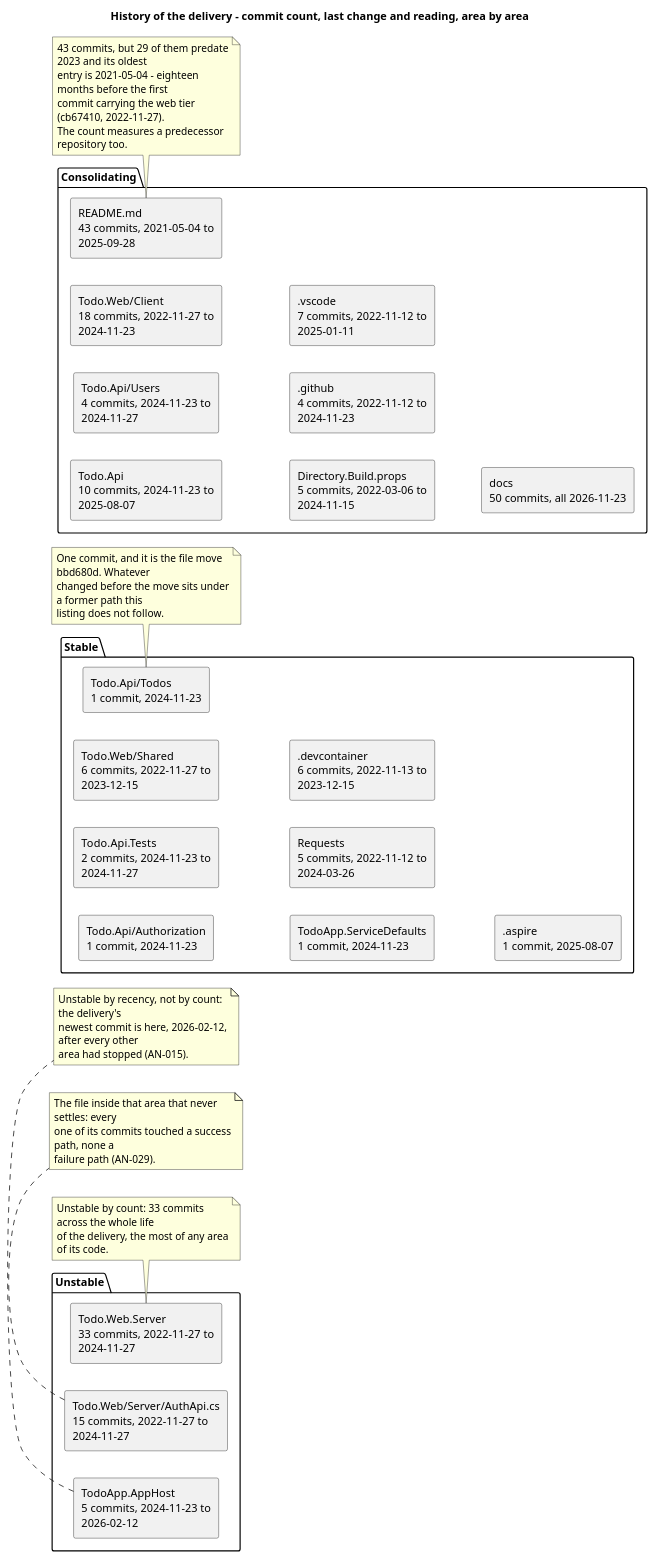
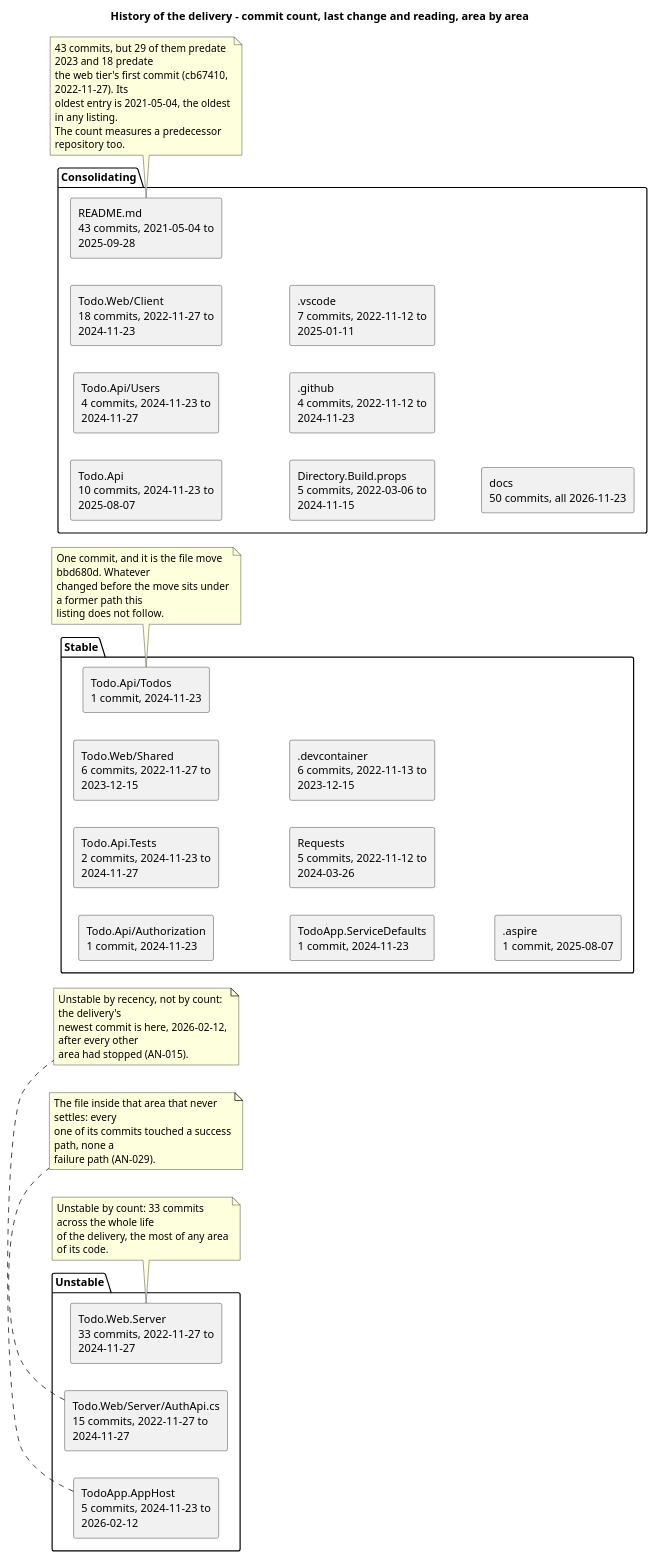
Before and after one commit to banense-test/TodoApp: the second of 3 diagrams in docs/artifacts/discovery/system-inventory.md, drawn with PlantUML. The commit also changed other lines of this file, not shown here.

Commit message:
Software Archaeologist [Excavation1]: upsert System Inventory
[skip ci]

````diff
--- a/docs/artifacts/discovery/system-inventory.md
+++ b/docs/artifacts/discovery/system-inventory.md
@@ -236,69 +236,69 @@
 ```plantuml
 @startuml
 title History of the delivery - commit count, last change and reading, area by area
 
 skinparam shadowing false
 skinparam componentStyle rectangle
 skinparam wrapWidth 230
 left to right direction
 
 package "Unstable" {
   component "Todo.Web.Server\n33 commits, 2022-11-27 to 2024-11-27" as S
   component "Todo.Web/Server/AuthApi.cs\n15 commits, 2022-11-27 to 2024-11-27" as A
   component "TodoApp.AppHost\n5 commits, 2024-11-23 to 2026-02-12" as H
 }
 
 package "Consolidating" {
   component "Todo.Api\n10 commits, 2024-11-23 to 2025-08-07" as API
   component "Todo.Api/Users\n4 commits, 2024-11-23 to 2024-11-27" as U
   component "Todo.Web/Client\n18 commits, 2022-11-27 to 2024-11-23" as C
   component "README.md\n43 commits, 2021-05-04 to 2025-09-28" as R
   component "Directory.Build.props\n5 commits, 2022-03-06 to 2024-11-15" as B
   component ".github\n4 commits, 2022-11-12 to 2024-11-23" as CI
   component ".vscode\n7 commits, 2022-11-12 to 2025-01-11" as VS
   component "docs\n50 commits, all 2026-11-23" as D
 }
 
 package "Stable" {
   component "Todo.Api/Todos\n1 commit, 2024-11-23" as T
   component "Todo.Api/Authorization\n1 commit, 2024-11-23" as AZ
   component "Todo.Api.Tests\n2 commits, 2024-11-23 to 2024-11-27" as TS
   component "Todo.Web/Shared\n6 commits, 2022-11-27 to 2023-12-15" as SH
   component "TodoApp.ServiceDefaults\n1 commit, 2024-11-23" as SD
   component "Requests\n5 commits, 2022-11-12 to 2024-03-26" as RQ
   component ".devcontainer\n6 commits, 2022-11-13 to 2023-12-15" as DC
   component ".aspire\n1 commit, 2025-08-07" as AS
 }
 
 note bottom of S
   Unstable by count: 33 commits across the whole life
   of the delivery, the most of any area of its code.
 end note
 
 note bottom of A
   The file inside that area that never settles: every
   one of its commits touched a success path, none a
   failure path (AN-029).
 end note
 
 note bottom of H
   Unstable by recency, not by count: the delivery's
   newest commit is here, 2026-02-12, after every other
   area had stopped (AN-015).
 end note
 
 note bottom of T
   One commit, and it is the file move bbd680d. Whatever
   changed before the move sits under a former path this
   listing does not follow.
 end note
 
 note bottom of R
-  43 commits, but 29 of them predate 2023 and its oldest
-  entry is 2021-05-04 - eighteen months before the first
-  commit carrying the web tier (cb67410, 2022-11-27).
+  43 commits, but 29 of them predate 2023 and 18 predate
+  the web tier's first commit (cb67410, 2022-11-27). Its
+  oldest entry is 2021-05-04, the oldest in any listing.
   The count measures a predecessor repository too.
 end note
 
 @enduml
 ```
````
